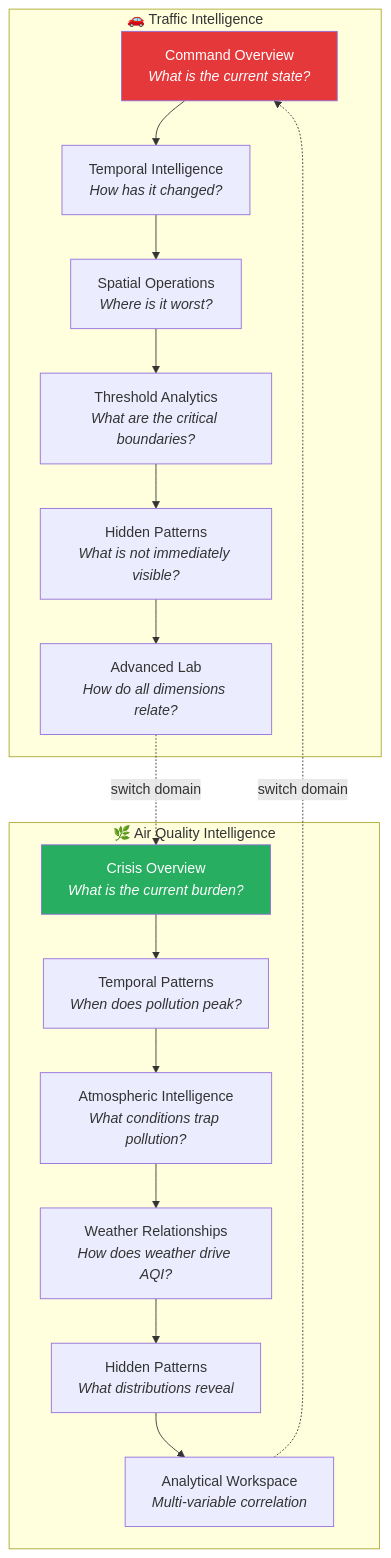
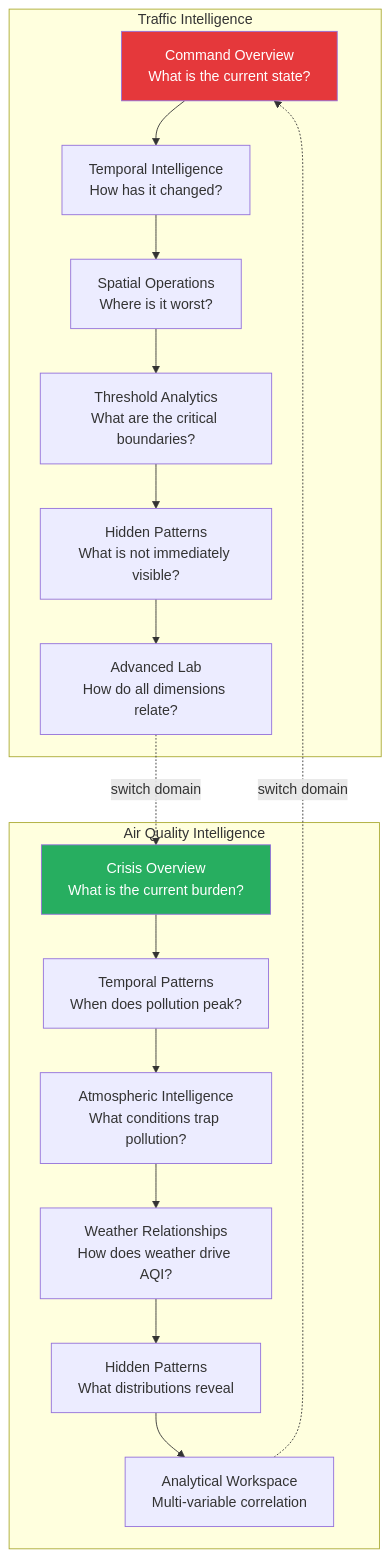
The fifth of 6 diagrams in docs/diagrams/user_journey.md (aajay101/DADV-Project), drawn with Mermaid before and after one commit. The commit also changed other lines of this file and 6 other files, not shown here.

````diff
--- a/docs/diagrams/user_journey.md
+++ b/docs/diagrams/user_journey.md
@@ -155,29 +155,29 @@
 ```mermaid
 graph TB
-    subgraph Traffic["🚗 Traffic Intelligence"]
-        T1["Command Overview<br/><em>What is the current state?</em>"]
-        T2["Temporal Intelligence<br/><em>How has it changed?</em>"]
-        T3["Spatial Operations<br/><em>Where is it worst?</em>"]
-        T4["Threshold Analytics<br/><em>What are the critical boundaries?</em>"]
-        T5["Hidden Patterns<br/><em>What is not immediately visible?</em>"]
-        T6["Advanced Lab<br/><em>How do all dimensions relate?</em>"]
+    subgraph Traffic["Traffic Intelligence"]
+        T1["Command Overview<br>What is the current state?"]
+        T2["Temporal Intelligence<br>How has it changed?"]
+        T3["Spatial Operations<br>Where is it worst?"]
+        T4["Threshold Analytics<br>What are the critical boundaries?"]
+        T5["Hidden Patterns<br>What is not immediately visible?"]
+        T6["Advanced Lab<br>How do all dimensions relate?"]
     end
 
-    subgraph AQI["🌿 Air Quality Intelligence"]
-        A1["Crisis Overview<br/><em>What is the current burden?</em>"]
-        A2["Temporal Patterns<br/><em>When does pollution peak?</em>"]
-        A3["Atmospheric Intelligence<br/><em>What conditions trap pollution?</em>"]
-        A4["Weather Relationships<br/><em>How does weather drive AQI?</em>"]
-        A5["Hidden Patterns<br/><em>What distributions reveal</em>"]
-        A6["Analytical Workspace<br/><em>Multi-variable correlation</em>"]
+    subgraph AQI["Air Quality Intelligence"]
+        A1["Crisis Overview<br>What is the current burden?"]
+        A2["Temporal Patterns<br>When does pollution peak?"]
+        A3["Atmospheric Intelligence<br>What conditions trap pollution?"]
+        A4["Weather Relationships<br>How does weather drive AQI?"]
+        A5["Hidden Patterns<br>What distributions reveal"]
+        A6["Analytical Workspace<br>Multi-variable correlation"]
     end
 
     T1 --> T2 --> T3 --> T4 --> T5 --> T6
     A1 --> A2 --> A3 --> A4 --> A5 --> A6
 
     T6 -.->|"switch domain"| A1
     A6 -.->|"switch domain"| T1
 
     style T1 fill:#E5383B,color:#fff
     style A1 fill:#27AE60,color:#fff
 ```
````
